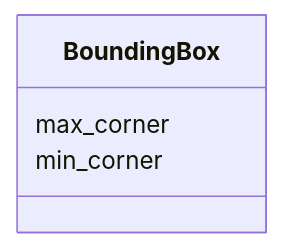
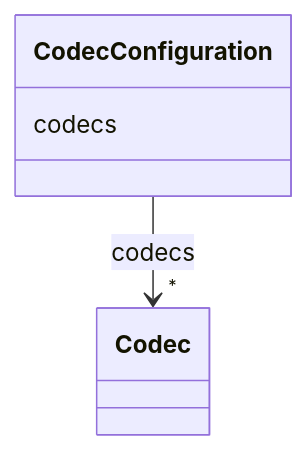
Before and after one commit to AllenInstitute/zarr-vectors-py: the fifth of 35 diagrams in schema/reference.md, drawn with Mermaid. The commit also changed other lines of this file and 14 other files, not shown here.

First line of the commit message:
Replace the LinkML schema with the convention's model from zarr_vectors

````diff
--- a/schema/reference.md
+++ b/schema/reference.md
@@ -913,10 +1227,17 @@
 ```mermaid
  classDiagram
-    class BoundingBox
-    click BoundingBox href "../BoundingBox/"
-      BoundingBox : max_corner
+    class CodecConfiguration
+    click CodecConfiguration href "../CodecConfiguration/"
+      CodecConfiguration : codecs
         
-      BoundingBox : min_corner
+          
+    
+        
+        
+        CodecConfiguration --> "*" Codec : codecs
+        click Codec href "../Codec/"
+    
+
         
       
 ```
````
